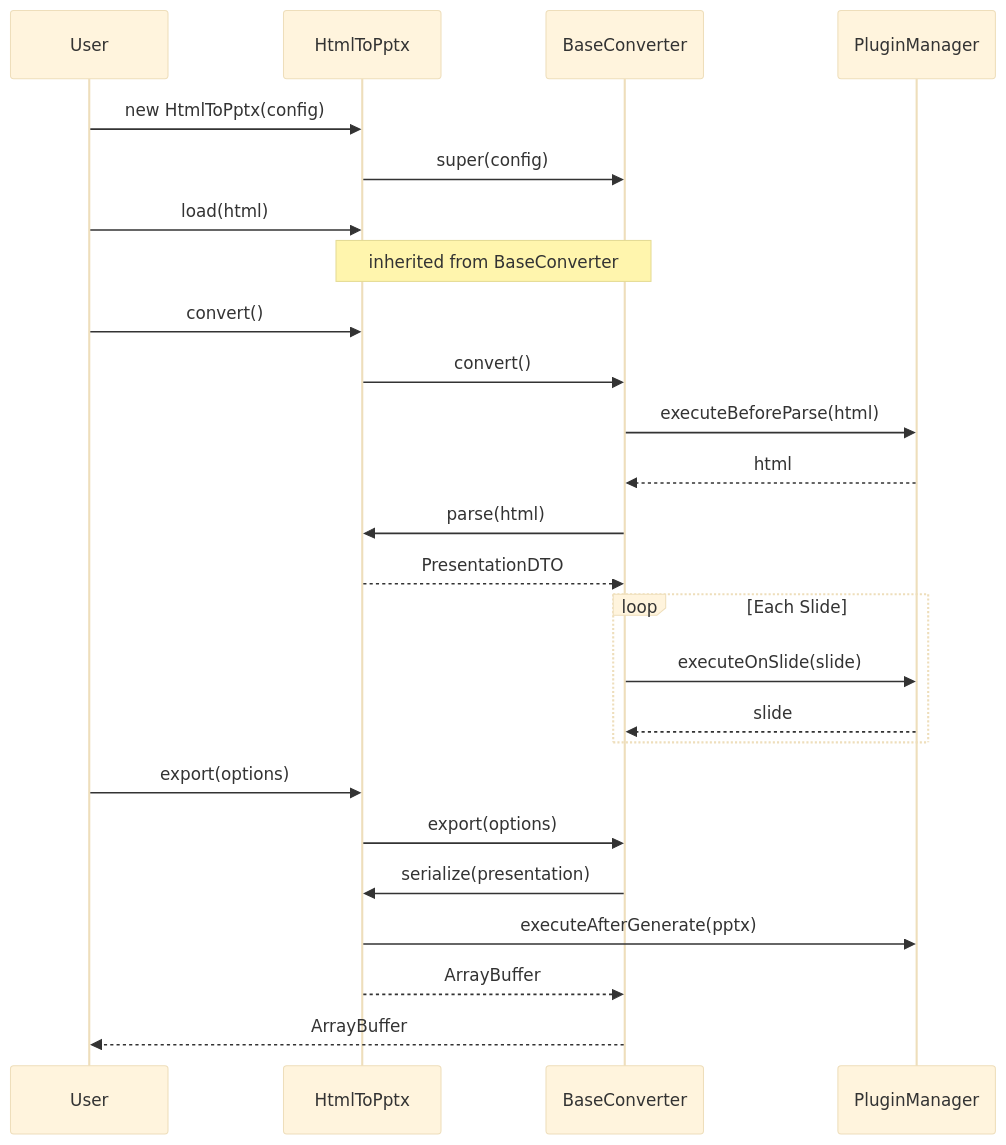
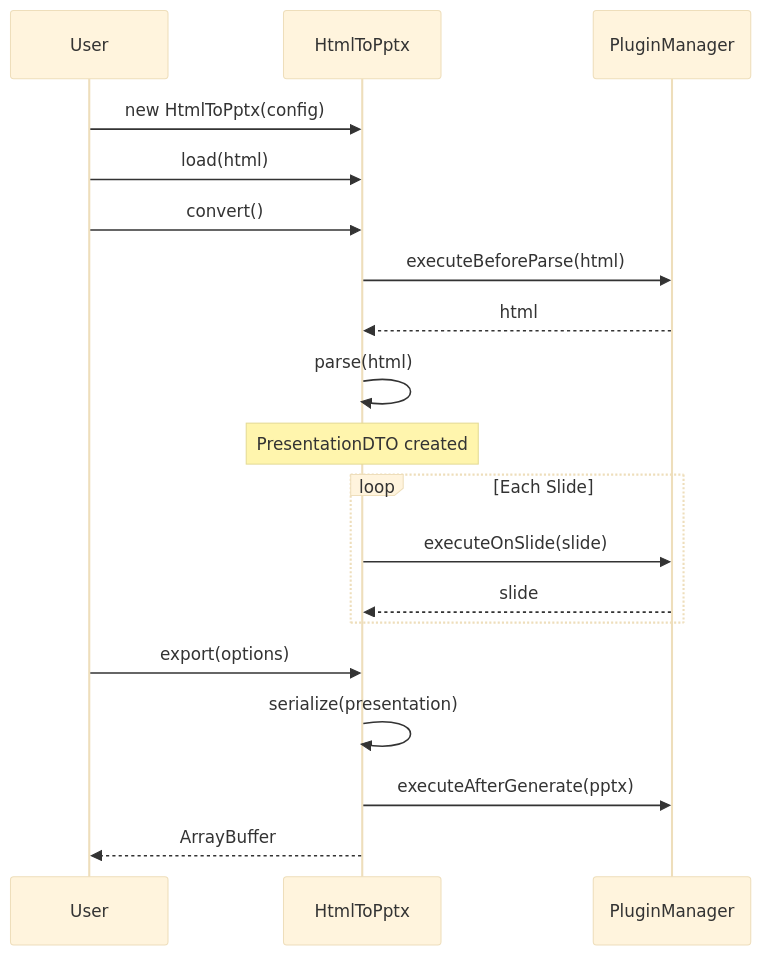
The first of 3 diagrams in README.md (christphralden/html-in-pptx-out), drawn with Mermaid (base theme) before and after one commit.

Commit message:
edit: readme

````diff
--- a/README.md
+++ b/README.md
@@ -88,31 +88,22 @@
 ```mermaid
 sequenceDiagram
     participant User
     participant HtmlToPptx
-    participant BaseConverter
     participant PluginManager
 
     User->>HtmlToPptx: new HtmlToPptx(config)
-    HtmlToPptx->>BaseConverter: super(config)
-
     User->>HtmlToPptx: load(html)
-    Note over HtmlToPptx,BaseConverter: inherited from BaseConverter
-
     User->>HtmlToPptx: convert()
-    HtmlToPptx->>BaseConverter: convert()
-    BaseConverter->>PluginManager: executeBeforeParse(html)
-    PluginManager-->>BaseConverter: html
-    BaseConverter->>HtmlToPptx: parse(html)
-    HtmlToPptx-->>BaseConverter: PresentationDTO
+    HtmlToPptx->>PluginManager: executeBeforeParse(html)
+    PluginManager-->>HtmlToPptx: html
+    HtmlToPptx->>HtmlToPptx: parse(html)
+    Note over HtmlToPptx: PresentationDTO created
     loop Each Slide
-        BaseConverter->>PluginManager: executeOnSlide(slide)
-        PluginManager-->>BaseConverter: slide
+        HtmlToPptx->>PluginManager: executeOnSlide(slide)
+        PluginManager-->>HtmlToPptx: slide
     end
-
     User->>HtmlToPptx: export(options)
-    HtmlToPptx->>BaseConverter: export(options)
-    BaseConverter->>HtmlToPptx: serialize(presentation)
+    HtmlToPptx->>HtmlToPptx: serialize(presentation)
     HtmlToPptx->>PluginManager: executeAfterGenerate(pptx)
-    HtmlToPptx-->>BaseConverter: ArrayBuffer
-    BaseConverter-->>User: ArrayBuffer
+    HtmlToPptx-->>User: ArrayBuffer
 ```
````
